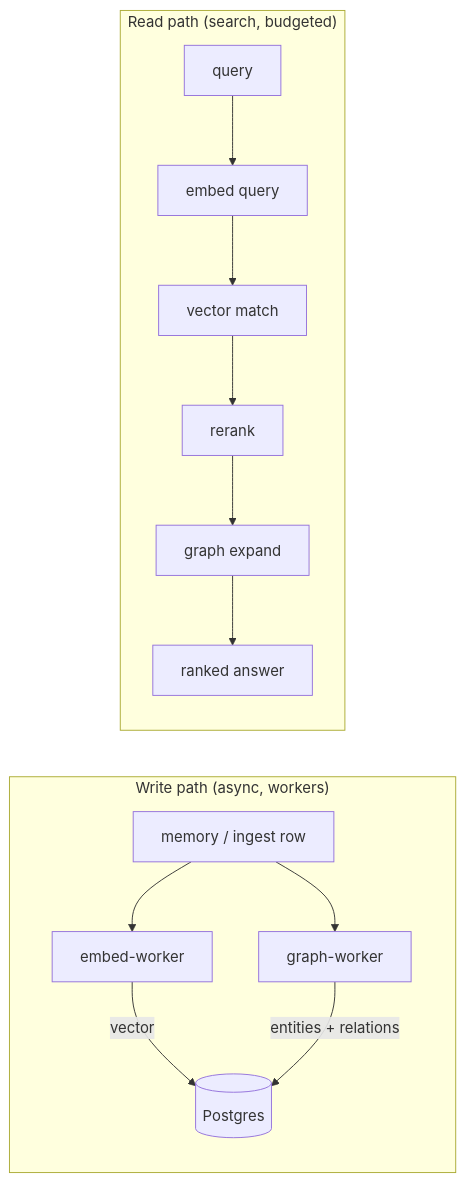
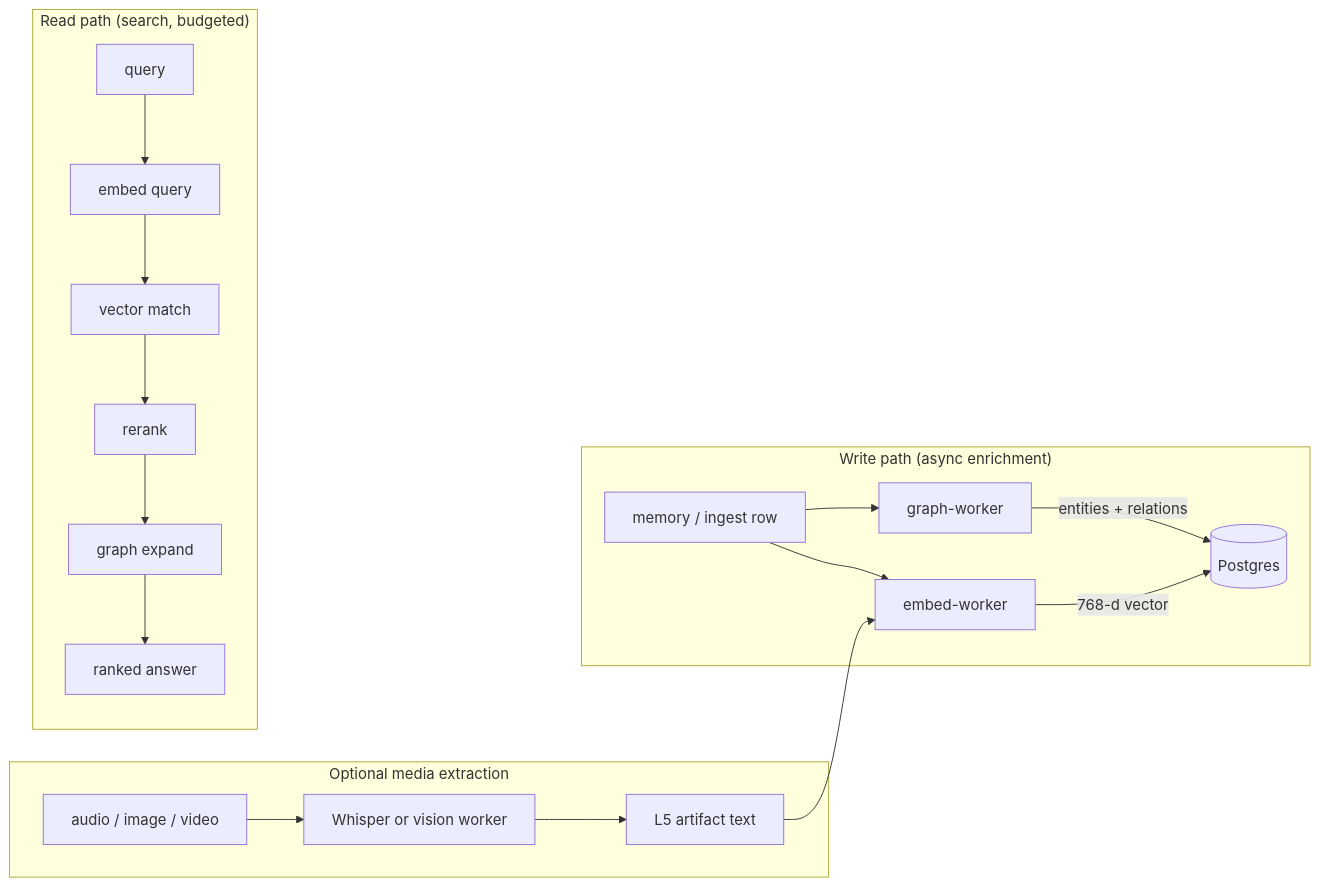
The diagram in docs/models.md (Kaidera-AI/cortex), drawn with Mermaid before and after one commit. The commit also changed other lines of this file and 7 other files, not shown here.

````diff
--- a/docs/models.md
+++ b/docs/models.md
@@ -5,10 +5,14 @@
 ```mermaid
 flowchart LR
-    subgraph write["Write path (async, workers)"]
-        W[memory / ingest row] --> EW[embed-worker] -->|vector| PG[(Postgres)]
+    subgraph media["Optional media extraction"]
+        M[audio / image / video] --> MW[Whisper or vision worker] --> AR[L5 artifact text]
+    end
+    subgraph write["Write path (async enrichment)"]
+        W[memory / ingest row] --> EW[embed-worker] -->|768-d vector| PG[(Postgres)]
         W --> GW[graph-worker] -->|entities + relations| PG
+        AR --> EW
     end
     subgraph read["Read path (search, budgeted)"]
         Q[query] --> E2[embed query] --> V[vector match] --> R[rerank] --> G[graph expand] --> A[ranked answer]
     end
 ```
````
